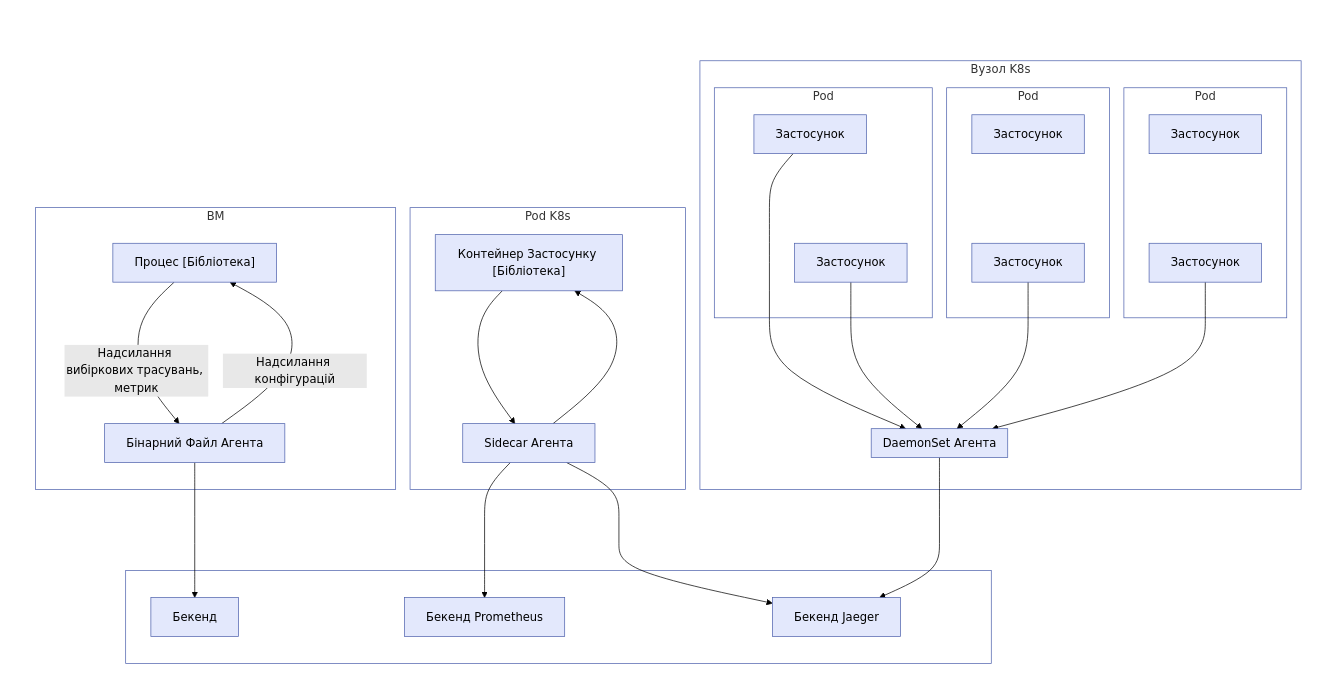
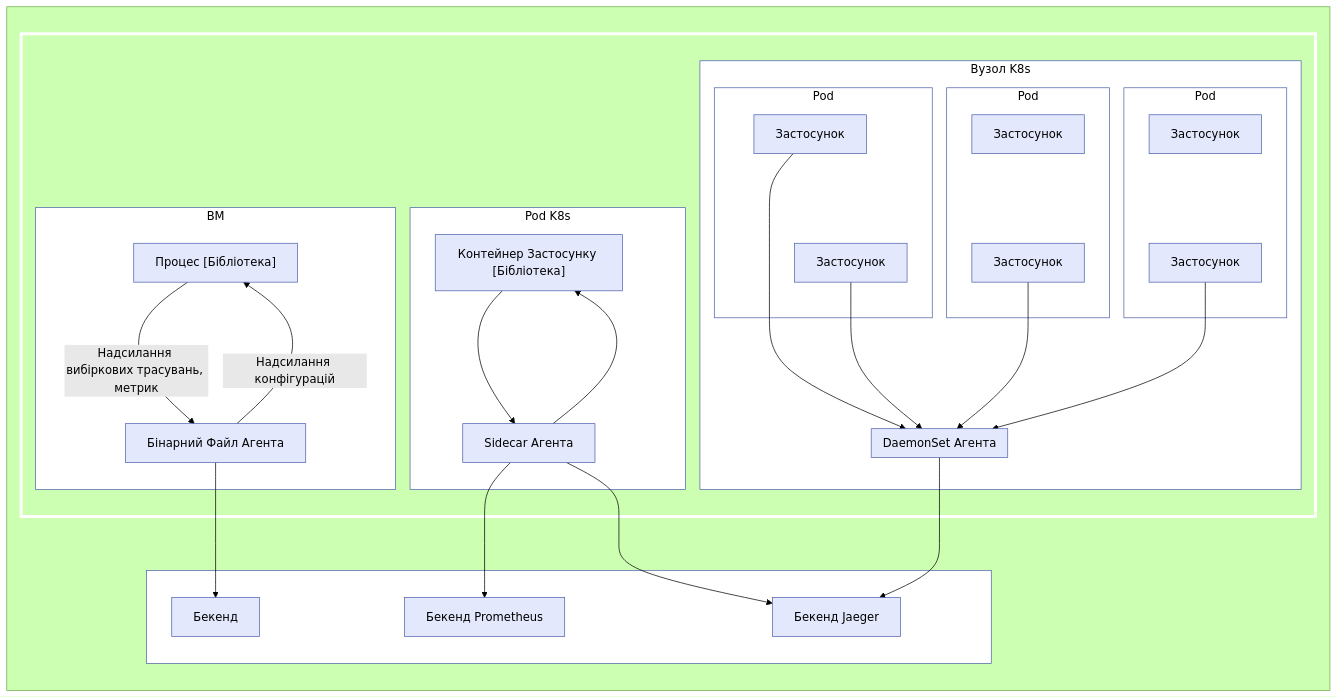
One commit to open-telemetry/opentelemetry.io changed the sixth of 7 diagrams in content/uk/docs/collector/architecture.md. Above: the diagram before and after it, drawn with Mermaid (forest theme). The commit also changed other lines of this file and 191 other files, not shown here.

````diff
--- a/content/uk/docs/collector/architecture.md
+++ b/content/uk/docs/collector/architecture.md
@@ -229,47 +218,46 @@
 ```mermaid
 flowchart LR
-    subgraph S1 ["#nbsp;"]
-        subgraph S2 ["#nbsp;"]
-        end
-        subgraph S3 ["#nbsp;"]
+  subgraph S1 ["#nbsp;"]
+      subgraph S2 ["#nbsp;"]
         subgraph VM [ВМ]
             PR["Процес [Бібліотека]"] -->|Надсилання вибіркових трасувань, метрик| AB[Бінарний Файл Агента]
             AB -->|Надсилання конфігурацій| PR
         end
         subgraph K8s-pod [Pod K8s]
             AC["`Контейнер Застосунку [Бібліотека]`"] --> AS[Sidecar Агента]
             AS --> AC
         end
         subgraph K8s-node [Вузол K8s]
             subgraph Pod1 [Pod]
                 APP1[Застосунок] ~~~ APP2[Застосунок]
             end
             subgraph Pod2 [Pod]
                 APP3[Застосунок] ~~~ APP4[Застосунок]
             end
             subgraph Pod3 [Pod]
                 APP5[Застосунок] ~~~ APP6[Застосунок]
             end
             subgraph AD [DaemonSet Агента]
             end
             APP1 --> AD
             APP2 --> AD
             APP4 --> AD
             APP6 --> AD
         end
-        end
-        subgraph Backends ["#nbsp;"]
-            AB --> BE[Бекенд]
-            AS --> PRM[Бекенд Prometheus]
-            AS --> JA[Бекенд Jaeger]
-            AD --> JA
-        end
-    end
+      end
+      subgraph Backends ["#nbsp;"]
+          AB --> BE[Бекенд]
+          AS --> PRM[Бекенд Prometheus]
+          AS --> JA[Бекенд Jaeger]
+          AD --> JA
+      end
+  end
 
-class S1,S2,S3 noLines;
+
+class S2 noLines;
 class VM,K8s-pod,K8s-node,Pod1,Pod2,Pod3,Backends withLines;
 class PR,AB,AC,AS,APP1,APP2,APP3,APP4,APP5,APP6,AD,BE,PRM,JA nodeStyle
-classDef noLines fill:#fff,stroke:#fff,stroke-width:4px;
-classDef withLines fill:#fff,stroke:#4f62ad
-classDef nodeStyle fill:#e3e8fc,stroke:#4f62ad;
+classDef noLines stroke:#fff,stroke-width:4px,color:#000000;
+classDef withLines fill:#fff,stroke:#4f62ad,color:#000000;
+classDef nodeStyle fill:#e3e8fc,stroke:#4f62ad,color:#000000;
 ```
````
